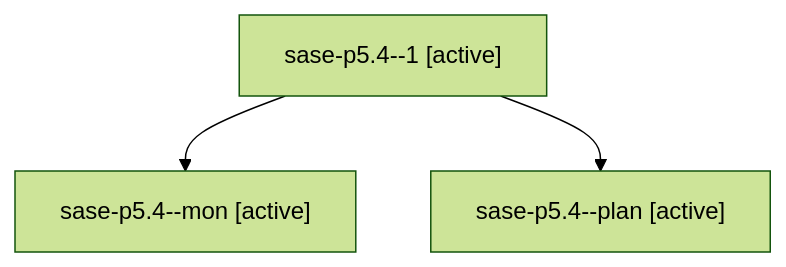
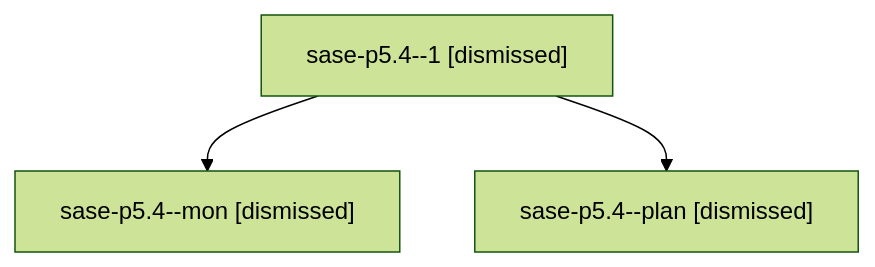
Before and after one commit to sase-org/sase--agents: the diagram in sessions/bbugyi200.athena.sase-p5.4.md, drawn with Mermaid (forest theme). The commit also changed other lines of this file and 104 other files, not shown here.

````diff
--- a/sessions/bbugyi200.athena.sase-p5.4.md
+++ b/sessions/bbugyi200.athena.sase-p5.4.md
@@ -9,8 +9,8 @@
 ```mermaid
 flowchart TD
-  n0["sase-p5.4--1 [active]"]
-  n1["sase-p5.4--mon [active]"]
+  n0["sase-p5.4--1 [dismissed]"]
+  n1["sase-p5.4--mon [dismissed]"]
   n0 --> n1
-  n2["sase-p5.4--plan [active]"]
+  n2["sase-p5.4--plan [dismissed]"]
   n0 --> n2
 ```
````
